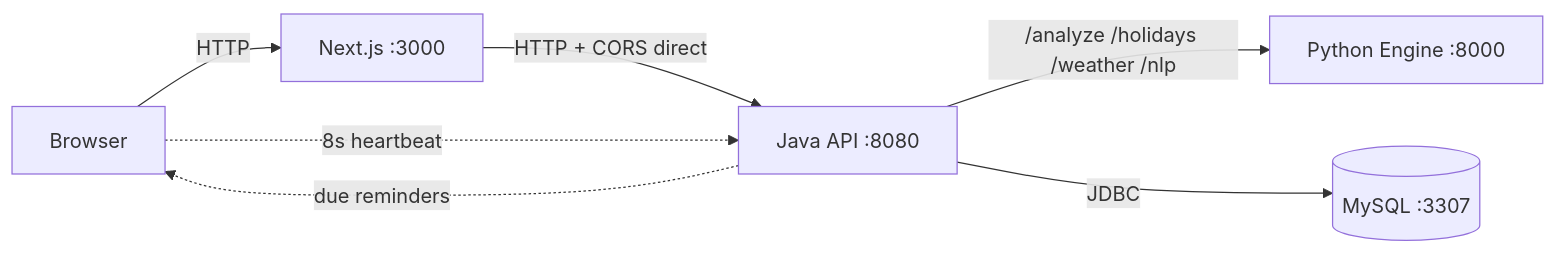
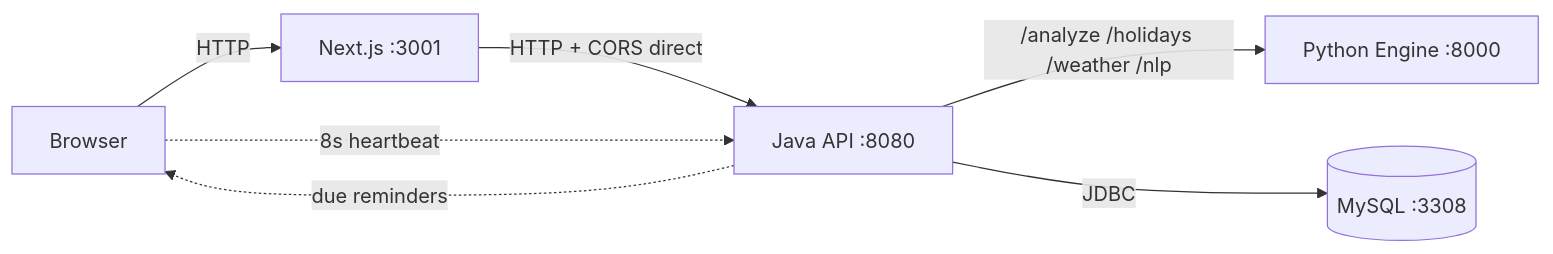
The first of 4 diagrams in docs/ARCHITECTURE.md (Linson1129/SmartPlanner), drawn with Mermaid before and after one commit. The commit also changed other lines of this file and 7 other files, not shown here.

````diff
--- a/docs/ARCHITECTURE.md
+++ b/docs/ARCHITECTURE.md
@@ -12,9 +12,9 @@
 ```mermaid
 flowchart LR
-  U[Browser] -->|HTTP| W[Next.js :3000]
+  U[Browser] -->|HTTP| W[Next.js :3001]
   W -->|HTTP + CORS direct| J[Java API :8080]
   J -->|/analyze /holidays /weather /nlp| P[Python Engine :8000]
-  J -->|JDBC| DB[(MySQL :3307)]
+  J -->|JDBC| DB[(MySQL :3308)]
   U -. 8s heartbeat .-> J
   J -. due reminders .-> U
 ```
````
